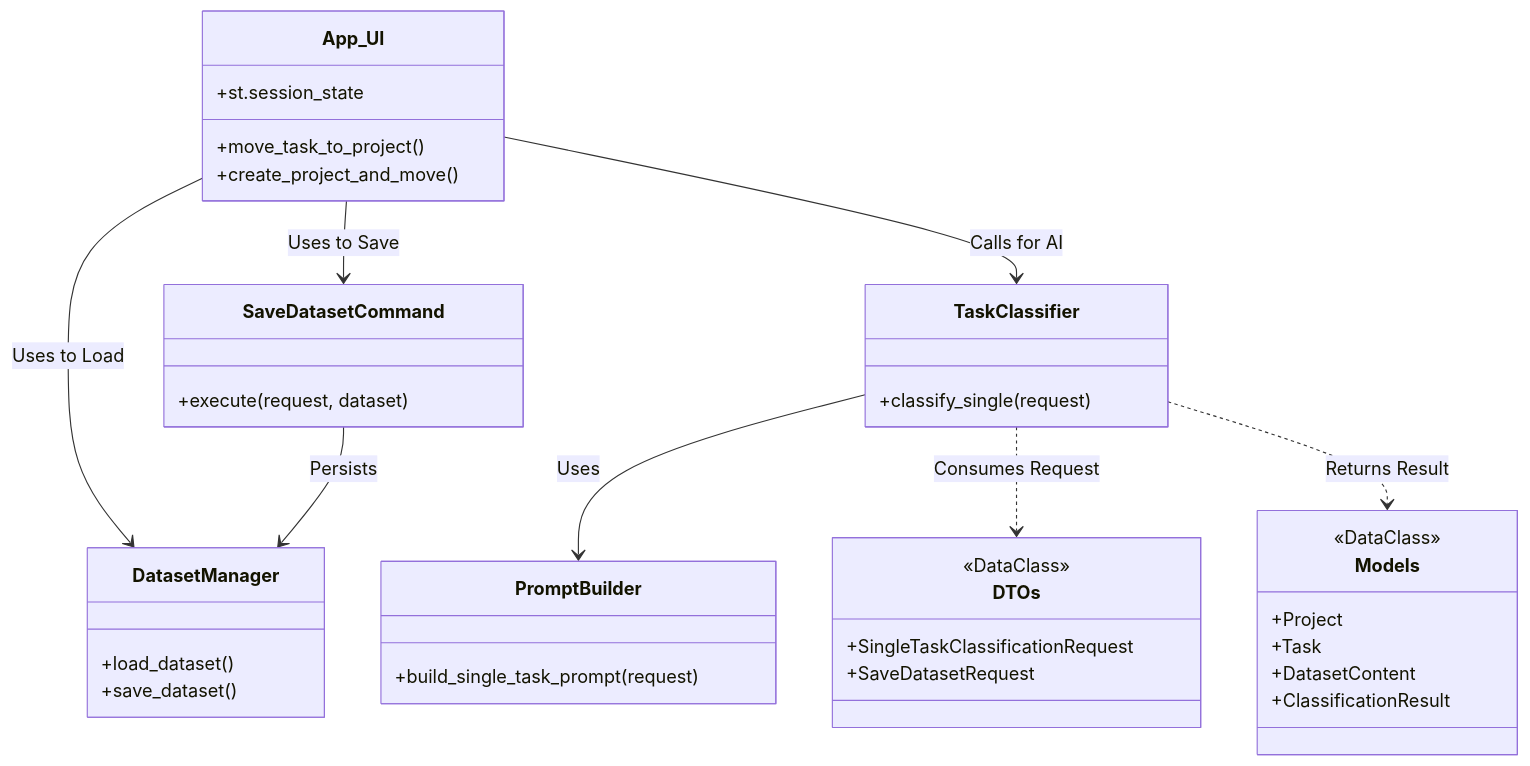
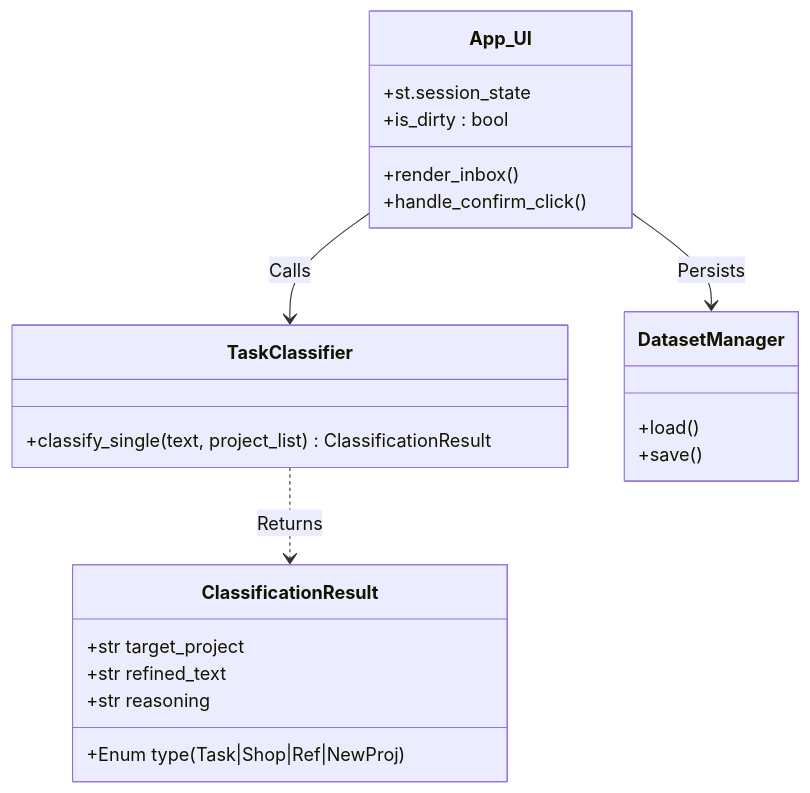
The second of 5 diagrams in doc/usage.md (m1981/task_classifier_rd), drawn with Mermaid before and after one commit. The commit also changed other lines of this file and 36 other files, not shown here.

````diff
--- a/doc/usage.md
+++ b/doc/usage.md
@@ -27,51 +46,31 @@
 ```mermaid
 
 classDiagram
     class App_UI {
         +st.session_state
-        +move_task_to_project()
-        +create_project_and_move()
+        +is_dirty : bool
+        +render_inbox()
+        +handle_confirm_click()
+    }
+
+    class TaskClassifier {
+        +classify_single(text, project_list) ClassificationResult
+    }
+
+    class ClassificationResult {
+        +Enum type (Task|Shop|Ref|NewProj)
+        +str target_project
+        +str refined_text
+        +str reasoning
     }
 
     class DatasetManager {
-        +load_dataset()
-        +save_dataset()
-    }
-
-    class TaskClassifier {
-        +classify_single(request)
-    }
-
-    class PromptBuilder {
-        +build_single_task_prompt(request)
-    }
-
-    class SaveDatasetCommand {
-        +execute(request, dataset)
-    }
-
-    class Models {
-        <<DataClass>>
-        +Project
-        +Task
-        +DatasetContent
-        +ClassificationResult
-    }
-
-    class DTOs {
-        <<DataClass>>
-        +SingleTaskClassificationRequest
-        +SaveDatasetRequest
+        +load()
+        +save()
     }
 
     %% Relationships
-    App_UI --> DatasetManager : Uses to Load
-    App_UI --> SaveDatasetCommand : Uses to Save
-    App_UI --> TaskClassifier : Calls for AI
-    
-    TaskClassifier --> PromptBuilder : Uses
-    TaskClassifier ..> DTOs : Consumes Request
-    TaskClassifier ..> Models : Returns Result
-    
-    SaveDatasetCommand --> DatasetManager : Persists
+    App_UI --> TaskClassifier : Calls
+    TaskClassifier ..> ClassificationResult : Returns
+    App_UI --> DatasetManager : Persists
 ```
````
